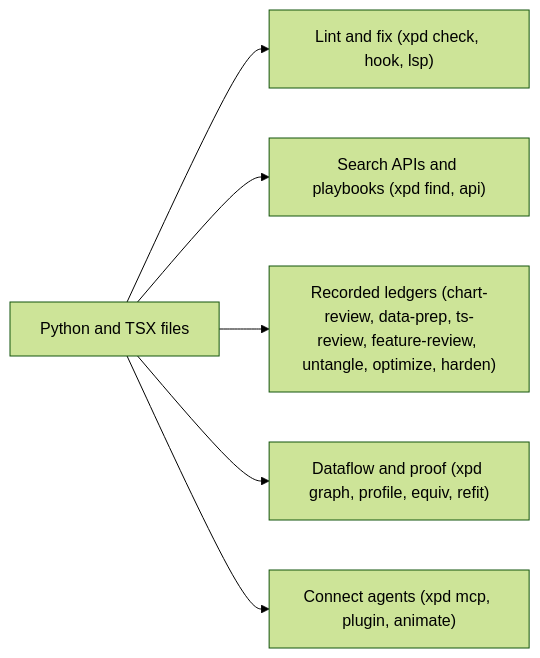
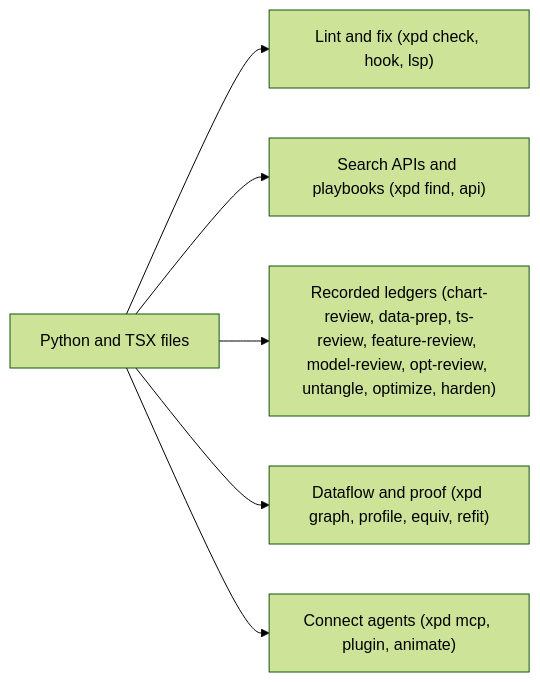
One commit to bjoernaagaard/xpd changed the diagram in README.md. Above: the diagram before and after it, drawn with Mermaid (forest theme). The commit also changed other lines of this file and 7 other files, not shown here.

Commit message:
Polish model-review and opt-review skills and GitHub Pages guides

````diff
--- a/README.md
+++ b/README.md
@@ -7,8 +7,8 @@
 ```mermaid
 flowchart LR
     Code["Python and TSX files"] --> Check["Lint and fix (xpd check, hook, lsp)"]
     Code --> Search["Search APIs and playbooks (xpd find, api)"]
-    Code --> Ledgers["Recorded ledgers (chart-review, data-prep, ts-review, feature-review, untangle, optimize, harden)"]
+    Code --> Ledgers["Recorded ledgers (chart-review, data-prep, ts-review, feature-review, model-review, opt-review, untangle, optimize, harden)"]
     Code --> Verify["Dataflow and proof (xpd graph, profile, equiv, refit)"]
     Code --> Agent["Connect agents (xpd mcp, plugin, animate)"]
 ```
````
